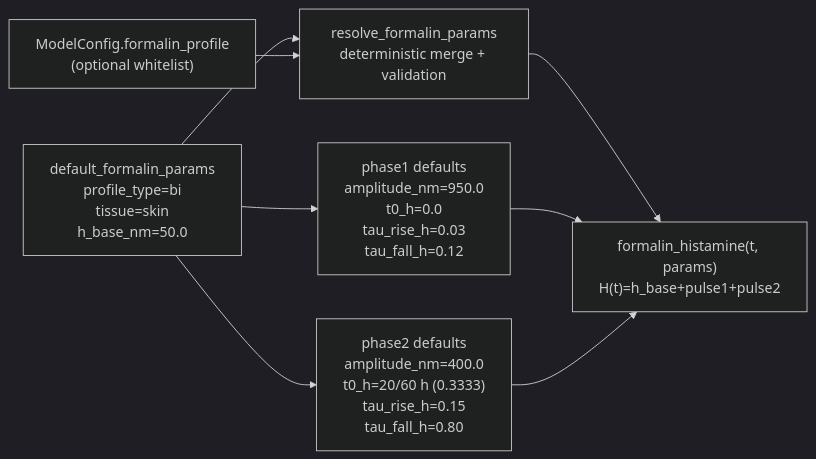
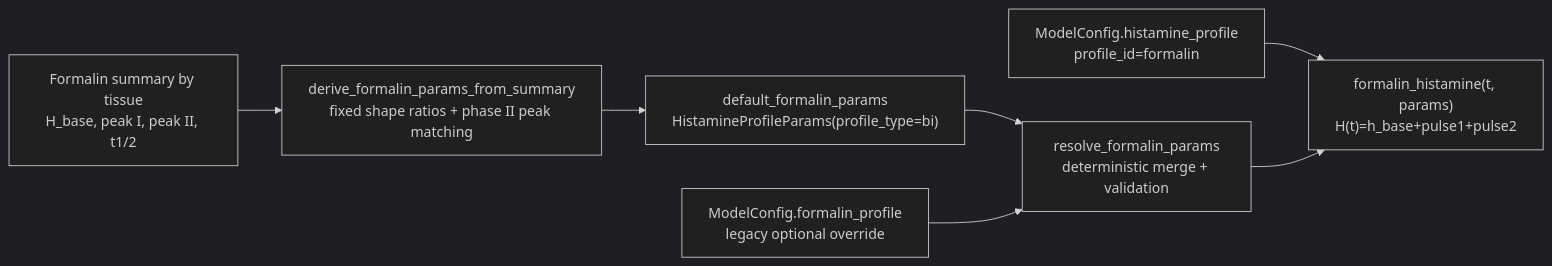
One commit to SatoryKono/PKPD-model-for-XC7 changed the diagram in docs/formalin_parameters_diagram.md. Above: the diagram before and after it, drawn with Mermaid (dark theme). The commit also changed other lines of this file and 104 other files, not shown here.

First line of the commit message:
Add profile-driven histamine models & examples

````diff
--- a/docs/formalin_parameters_diagram.md
+++ b/docs/formalin_parameters_diagram.md
@@ -5,18 +5,17 @@
 ```mermaid
 flowchart LR
-    defaultFormalin["default_formalin_params<br/>profile_type=bi<br/>tissue=skin<br/>h_base_nm=50.0"]
-    phase1Defaults["phase1 defaults<br/>amplitude_nm=950.0<br/>t0_h=0.0<br/>tau_rise_h=0.03<br/>tau_fall_h=0.12"]
-    phase2Defaults["phase2 defaults<br/>amplitude_nm=400.0<br/>t0_h=20/60 h (0.3333)<br/>tau_rise_h=0.15<br/>tau_fall_h=0.80"]
+    summarySpec["Formalin summary by tissue<br/>H_base, peak I, peak II, t1/2"]
+    derivation["derive_formalin_params_from_summary<br/>fixed shape ratios + phase II peak matching"]
+    runtimeProfile["default_formalin_params<br/>HistamineProfileParams(profile_type=bi)"]
+    histamineProfile["ModelConfig.histamine_profile<br/>profile_id=formalin"]
+    legacyOverrides["ModelConfig.formalin_profile<br/>legacy optional override"]
+    resolver["resolve_formalin_params<br/>deterministic merge + validation"]
     modelEval["formalin_histamine(t, params)<br/>H(t)=h_base+pulse1+pulse2"]
 
-    configOverrides["ModelConfig.formalin_profile<br/>(optional whitelist)"]
-    resolver["resolve_formalin_params<br/>deterministic merge + validation"]
-
-    defaultFormalin --> phase1Defaults
-    defaultFormalin --> phase2Defaults
-    defaultFormalin --> resolver
-    configOverrides --> resolver
+    summarySpec --> derivation
+    derivation --> runtimeProfile
+    runtimeProfile --> resolver
+    histamineProfile --> modelEval
+    legacyOverrides --> resolver
     resolver --> modelEval
-    phase1Defaults --> modelEval
-    phase2Defaults --> modelEval
 ```
````
